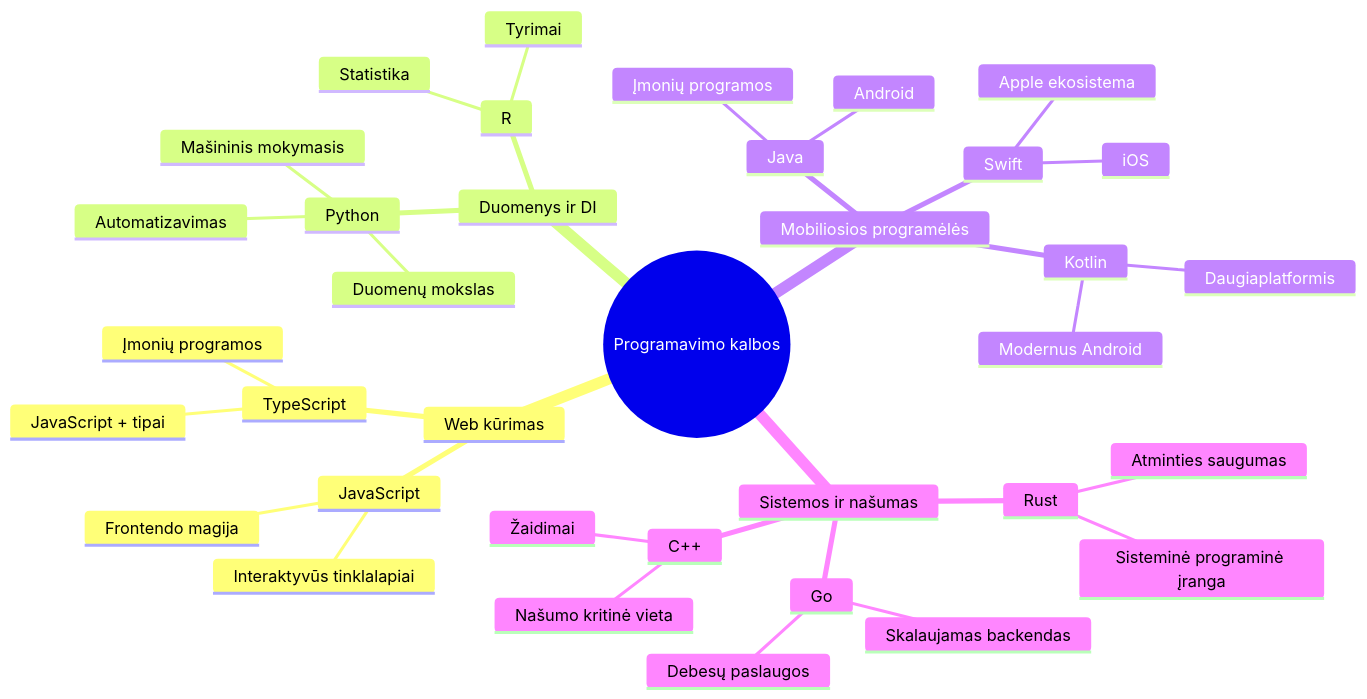
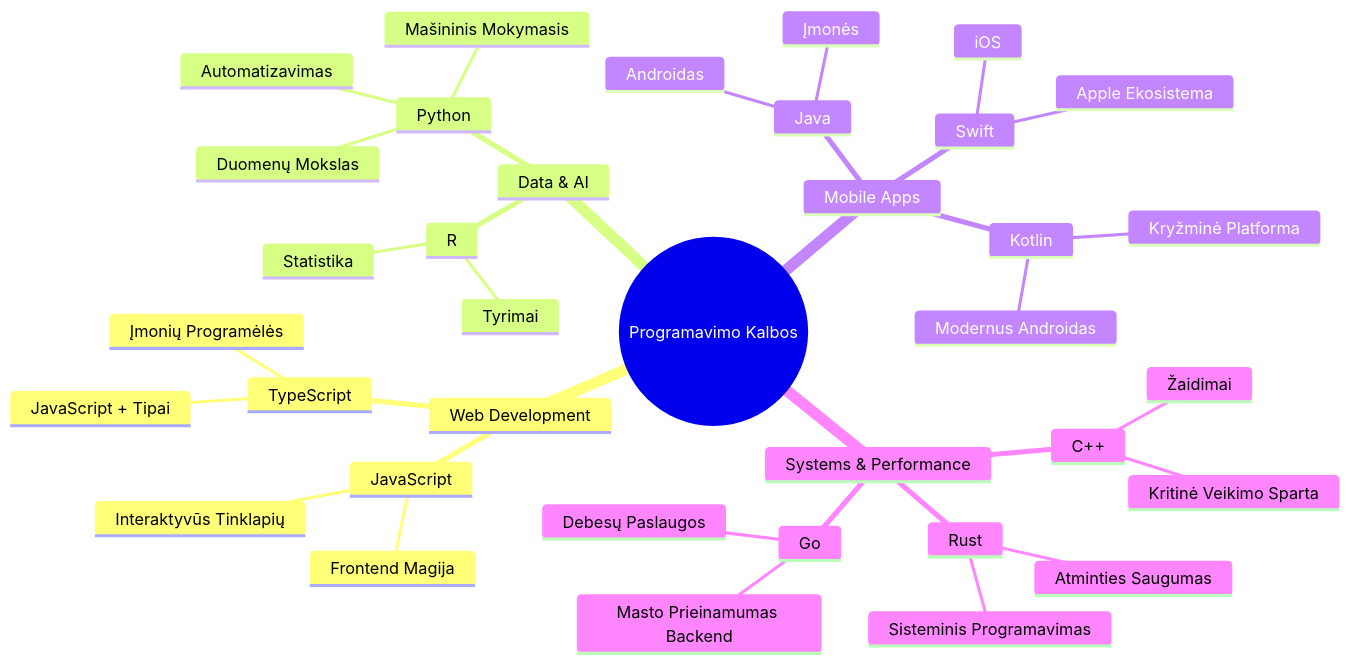
The second of 7 diagrams in translations/lt/1-getting-started-lessons/1-intro-to-programming-languages/README.md (microsoft/Web-Dev-For-Beginners), drawn with Mermaid before and after one commit. The commit also changed other lines of this file and 8 other files, not shown here.

````diff
--- a/translations/lt/1-getting-started-lessons/1-intro-to-programming-languages/README.md
+++ b/translations/lt/1-getting-started-lessons/1-intro-to-programming-languages/README.md
@@ -85,39 +85,39 @@
 ```mermaid
 mindmap
-  root((Programavimo kalbos))
-    Web kūrimas
+  root((Programavimo Kalbos))
+    Web Development
       JavaScript
-        Frontendo magija
-        Interaktyvūs tinklalapiai
+        Frontend Magija
+        Interaktyvūs Tinklapių
       TypeScript
-        JavaScript + tipai
-        Įmonių programos
-    Duomenys ir DI
+        JavaScript + Tipai
+        Įmonių Programėlės
+    Data & AI
       Python
-        Duomenų mokslas
-        Mašininis mokymasis
+        Duomenų Mokslas
+        Mašininis Mokymasis
         Automatizavimas
       R
         Statistika
         Tyrimai
-    Mobiliosios programėlės
+    Mobile Apps
       Java
-        Android
-        Įmonių programos
+        Androidas
+        Įmonės
       Swift
         iOS
-        Apple ekosistema
+        Apple Ekosistema
       Kotlin
-        Modernus Android
-        Daugiaplatformis
-    Sistemos ir našumas
+        Modernus Androidas
+        Kryžminė Platforma
+    Systems & Performance
       C++
         Žaidimai
-        Našumo kritinė vieta
+        Kritinė Veikimo Sparta
       Rust
-        Atminties saugumas
-        Sisteminė programinė įranga
+        Atminties Saugumas
+        Sisteminis Programavimas
       Go
-        Debesų paslaugos
-        Skalaujamas backendas
+        Debesų Paslaugos
+        Masto Prieinamumas Backend
 ```
````
